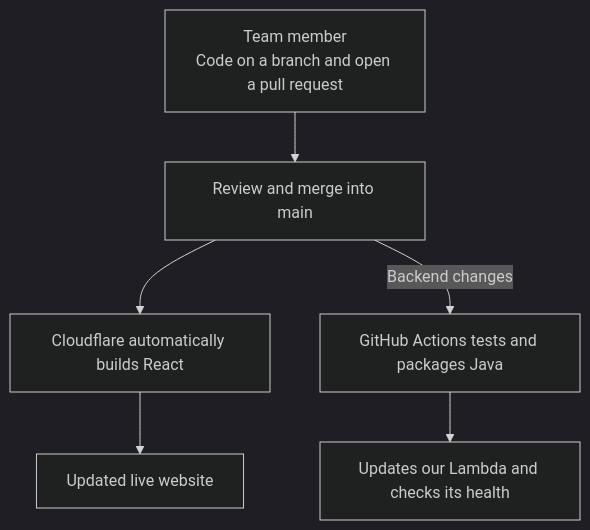
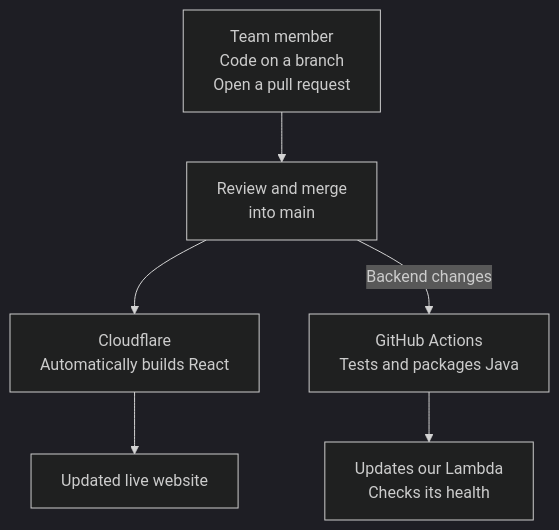
Before and after one commit to acesava/CSCI201-Team3: the second of 2 diagrams in README.md, drawn with Mermaid (dark theme). The commit also changed other lines of this file, not shown here.

Commit message:
Keep Mermaid labels readable in GitHub preview

````diff
--- a/README.md
+++ b/README.md
@@ -33,8 +33,8 @@
 ```mermaid
 flowchart TD
-    TEAM["Team member<br/>Code on a branch and open a pull request"] --> MAIN["Review and merge into main"]
-    MAIN --> CFBUILD["Cloudflare automatically builds React"]
+    TEAM["Team member<br/>Code on a branch<br/>Open a pull request"] --> MAIN["Review and merge<br/>into main"]
+    MAIN --> CFBUILD["Cloudflare<br/>Automatically builds React"]
     CFBUILD --> SITE["Updated live website"]
-    MAIN -->|Backend changes| ACTIONS["GitHub Actions tests and packages Java"]
-    ACTIONS --> LAMBDA["Updates our Lambda and checks its health"]
+    MAIN -->|Backend changes| ACTIONS["GitHub Actions<br/>Tests and packages Java"]
+    ACTIONS --> LAMBDA["Updates our Lambda<br/>Checks its health"]
 ```
````
